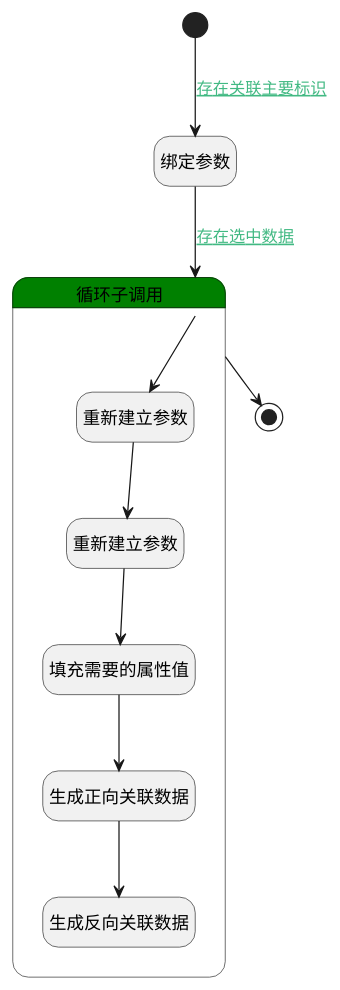
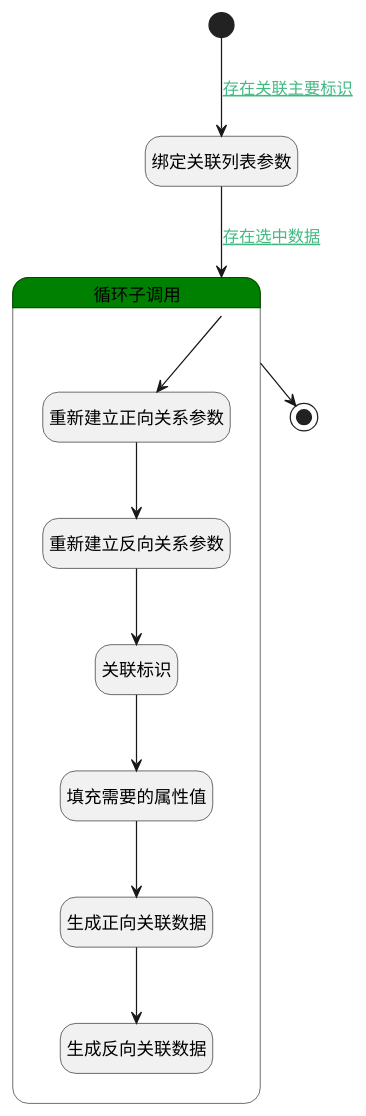
One commit to iBizLab/plm changed the diagram in doc/docsify/module/TestMgmt/run/logic/others_relation_run.md. Above: the diagram before and after it, drawn with PlantUML. The commit also changed other lines of this file and 1778 other files, not shown here.

````diff
--- a/doc/docsify/module/TestMgmt/run/logic/others_relation_run.md
+++ b/doc/docsify/module/TestMgmt/run/logic/others_relation_run.md
@@ -7,34 +7,36 @@
 ```plantuml
 @startuml
 hide empty description
 <style>
 root {
   HyperlinkColor #42b983
 }
 </style>
 
 hide empty description
 state "开始" as Begin <<start>> [[$./others_relation_run#begin {"开始"}]]
-state "绑定参数" as BINDPARAM1  [[$./others_relation_run#bindparam1 {"绑定参数"}]]
+state "绑定关联列表参数" as BINDPARAM1  [[$./others_relation_run#bindparam1 {"绑定关联列表参数"}]]
 state "结束" as END1 <<end>> [[$./others_relation_run#end1 {"结束"}]]
 state "循环子调用" as LOOPSUBCALL1  [[$./others_relation_run#loopsubcall1 {"循环子调用"}]] #green {
-state "重新建立参数" as RENEWPARAM1  [[$./others_relation_run#renewparam1 {"重新建立参数"}]]
-state "重新建立参数" as RENEWPARAM2  [[$./others_relation_run#renewparam2 {"重新建立参数"}]]
+state "重新建立正向关系参数" as RENEWPARAM1  [[$./others_relation_run#renewparam1 {"重新建立正向关系参数"}]]
+state "重新建立反向关系参数" as RENEWPARAM2  [[$./others_relation_run#renewparam2 {"重新建立反向关系参数"}]]
+state "关联标识" as RAWSFCODE1  [[$./others_relation_run#rawsfcode1 {"关联标识"}]]
 state "填充需要的属性值" as PREPAREPARAM1  [[$./others_relation_run#prepareparam1 {"填充需要的属性值"}]]
 state "生成正向关联数据" as DEACTION1  [[$./others_relation_run#deaction1 {"生成正向关联数据"}]]
 state "生成反向关联数据" as DEACTION2  [[$./others_relation_run#deaction2 {"生成反向关联数据"}]]
 }
 
 
 Begin --> BINDPARAM1 : [[$./others_relation_run#begin-bindparam1{存在关联主要标识} 存在关联主要标识]]
 BINDPARAM1 --> LOOPSUBCALL1 : [[$./others_relation_run#bindparam1-loopsubcall1{存在选中数据} 存在选中数据]]
 LOOPSUBCALL1 --> RENEWPARAM1
 RENEWPARAM1 --> RENEWPARAM2
-RENEWPARAM2 --> PREPAREPARAM1
+RENEWPARAM2 --> RAWSFCODE1
+RAWSFCODE1 --> PREPAREPARAM1
 PREPAREPARAM1 --> DEACTION1
 DEACTION1 --> DEACTION2
 LOOPSUBCALL1 --> END1
 
 
 @enduml
 ```
````
